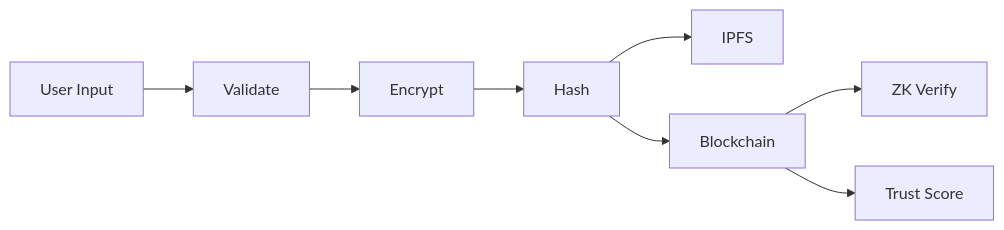
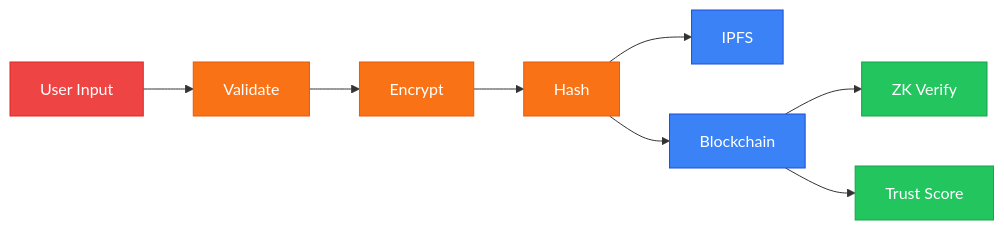
Before and after one commit to yashodipmore/VeriChain-Identity-Protocol: the eighth of 10 diagrams in Archiecture.md, drawn with Mermaid. The commit also changed other lines of this file, not shown here.

````diff
--- a/Archiecture.md
+++ b/Archiecture.md
@@ -139,10 +167,15 @@
 ```mermaid
 flowchart LR
-    A[User Input] --> B[Validate]
-    B --> C[Encrypt]
-    C --> D[Hash]
-    D --> E[IPFS]
-    D --> F[Blockchain]
-    F --> G[ZK Verify]
-    F --> H[Trust Score]
+    A[User Input]:::input --> B[Validate]:::process
+    B --> C[Encrypt]:::process
+    C --> D[Hash]:::process
+    D --> E[IPFS]:::storage
+    D --> F[Blockchain]:::storage
+    F --> G[ZK Verify]:::verify
+    F --> H[Trust Score]:::verify
+
+    classDef input fill:#ef4444,stroke:#dc2626,color:#fff
+    classDef process fill:#f97316,stroke:#ea580c,color:#fff
+    classDef storage fill:#3b82f6,stroke:#1d4ed8,color:#fff
+    classDef verify fill:#22c55e,stroke:#16a34a,color:#fff
 ```
````
